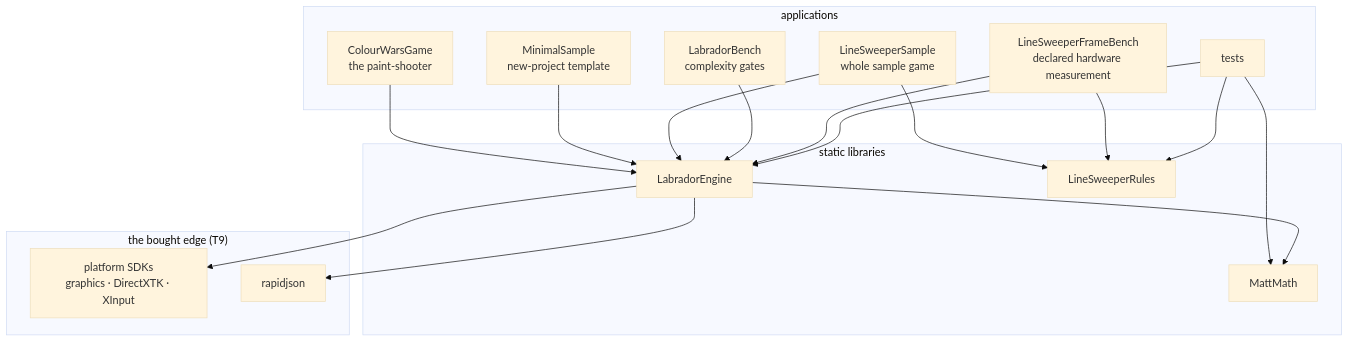
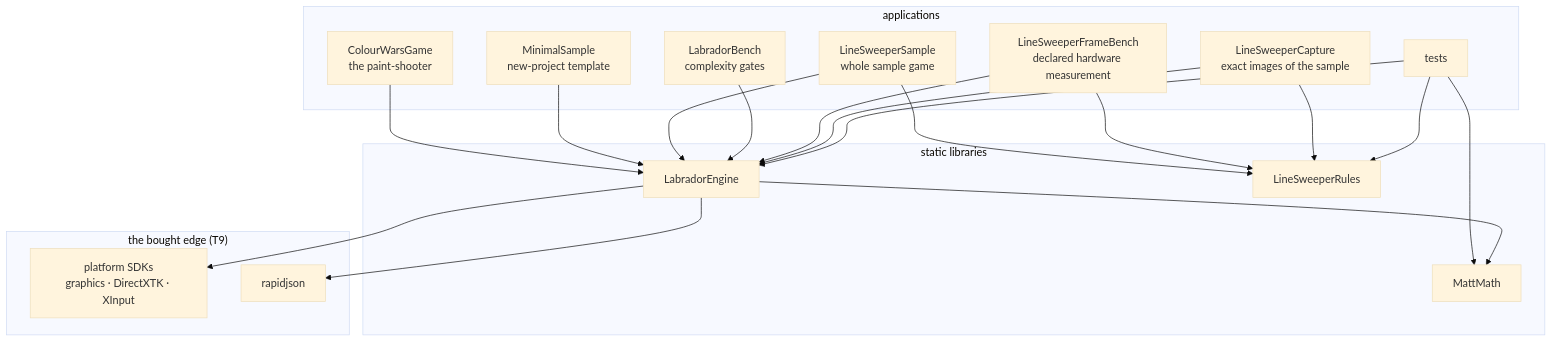
One commit to matt439/Labrador changed the first of 2 diagrams in docs/design/ARCHITECTURE.md. Above: the diagram before and after it, drawn with Mermaid (base theme). The commit also changed other lines of this file and 18 other files, not shown here.

````diff
--- a/docs/design/ARCHITECTURE.md
+++ b/docs/design/ARCHITECTURE.md
@@ -44,33 +44,36 @@
 ```mermaid
 flowchart TD
     subgraph apps["applications"]
         game["ColourWarsGame<br/>the paint-shooter"]
         sample["MinimalSample<br/>new-project template"]
         linesweeper["LineSweeperSample<br/>whole sample game"]
         throughput["LabradorBench<br/>complexity gates"]
         frame["LineSweeperFrameBench<br/>declared hardware measurement"]
+        capture["LineSweeperCapture<br/>exact images of the sample"]
         tests["tests"]
     end
     subgraph libs["static libraries"]
         engine["LabradorEngine"]
         math["MattMath"]
         rules["LineSweeperRules"]
     end
     subgraph edge["the bought edge (T9)"]
         sdks["platform SDKs<br/>graphics · DirectXTK · XInput"]
         rapidjson["rapidjson"]
     end
     game --> engine
     sample --> engine
     linesweeper --> engine
     linesweeper --> rules
     throughput --> engine
     frame --> engine
     frame --> rules
+    capture --> engine
+    capture --> rules
     tests --> engine
     tests --> math
     tests --> rules
     engine --> math
     engine --> sdks
     engine --> rapidjson
 ```
````
